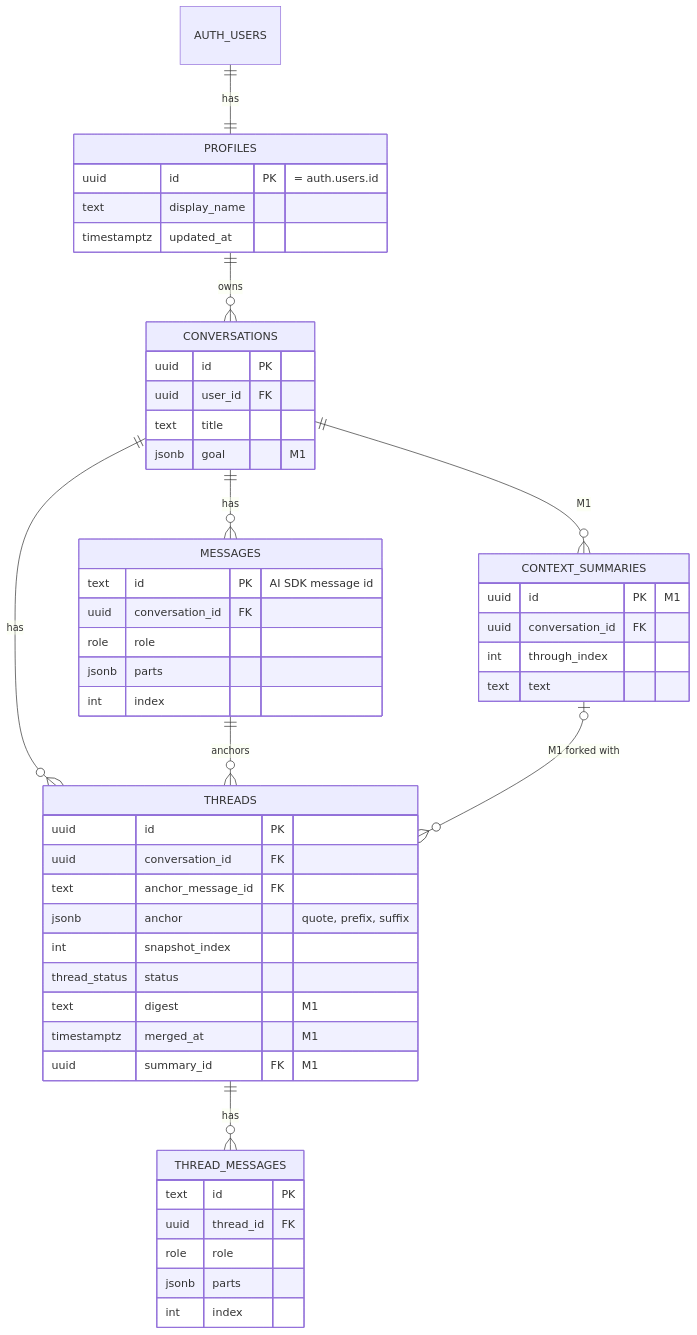
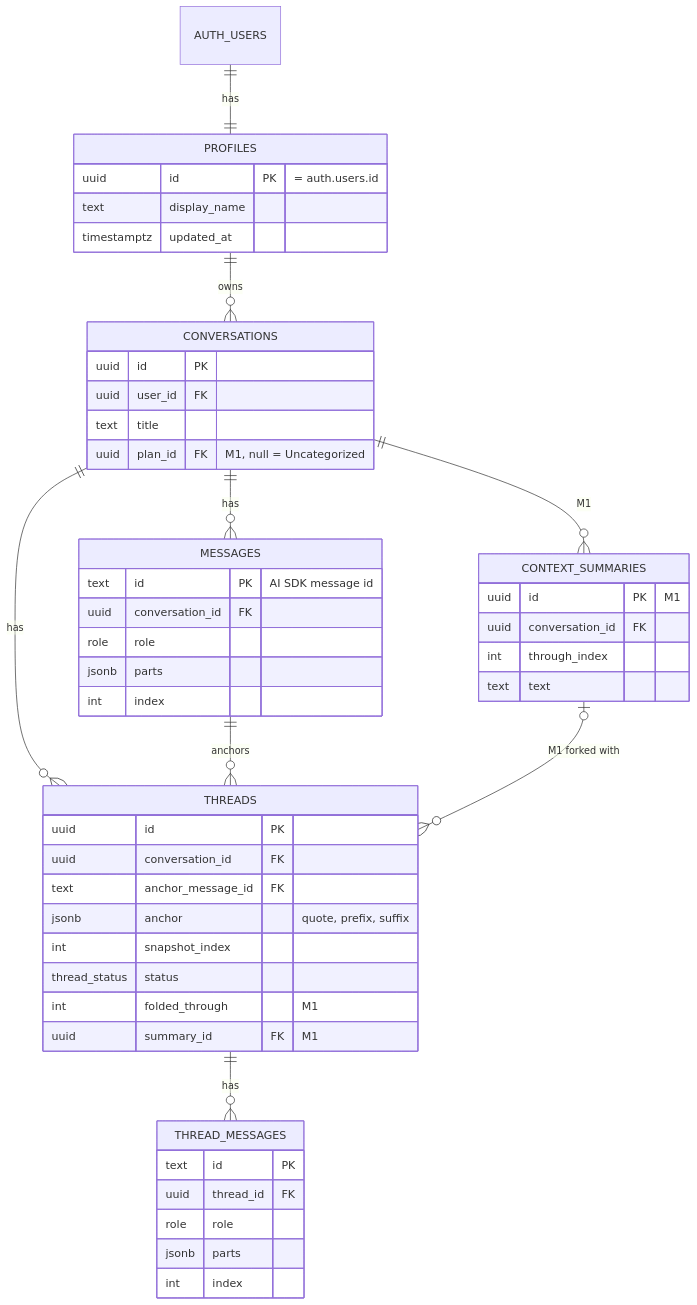
Before and after one commit to chang-ryan/funlern: the diagram in docs/WORK.md, drawn with Mermaid. The commit also changed other lines of this file, not shown here.

````diff
--- a/docs/WORK.md
+++ b/docs/WORK.md
@@ -74,54 +83,53 @@
 ```mermaid
 erDiagram
   AUTH_USERS ||--|| PROFILES : "has"
   PROFILES ||--o{ CONVERSATIONS : owns
   CONVERSATIONS ||--o{ MESSAGES : has
   CONVERSATIONS ||--o{ THREADS : has
   MESSAGES ||--o{ THREADS : "anchors"
   THREADS ||--o{ THREAD_MESSAGES : has
   CONVERSATIONS ||--o{ CONTEXT_SUMMARIES : "M1"
   CONTEXT_SUMMARIES |o--o{ THREADS : "M1 forked with"
 
   PROFILES {
     uuid id PK "= auth.users.id"
     text display_name
     timestamptz updated_at
   }
   CONVERSATIONS {
     uuid id PK
     uuid user_id FK
     text title
-    jsonb goal "M1"
+    uuid plan_id FK "M1, null = Uncategorized"
   }
   MESSAGES {
     text id PK "AI SDK message id"
     uuid conversation_id FK
     role role
     jsonb parts
     int index
   }
   THREADS {
     uuid id PK
     uuid conversation_id FK
     text anchor_message_id FK
     jsonb anchor "quote, prefix, suffix"
     int snapshot_index
     thread_status status
-    text digest "M1"
-    timestamptz merged_at "M1"
+    int folded_through "M1"
     uuid summary_id FK "M1"
   }
   THREAD_MESSAGES {
     text id PK
     uuid thread_id FK
     role role
     jsonb parts
     int index
   }
   CONTEXT_SUMMARIES {
     uuid id PK "M1"
     uuid conversation_id FK
     int through_index
     text text
   }
 ```
````
